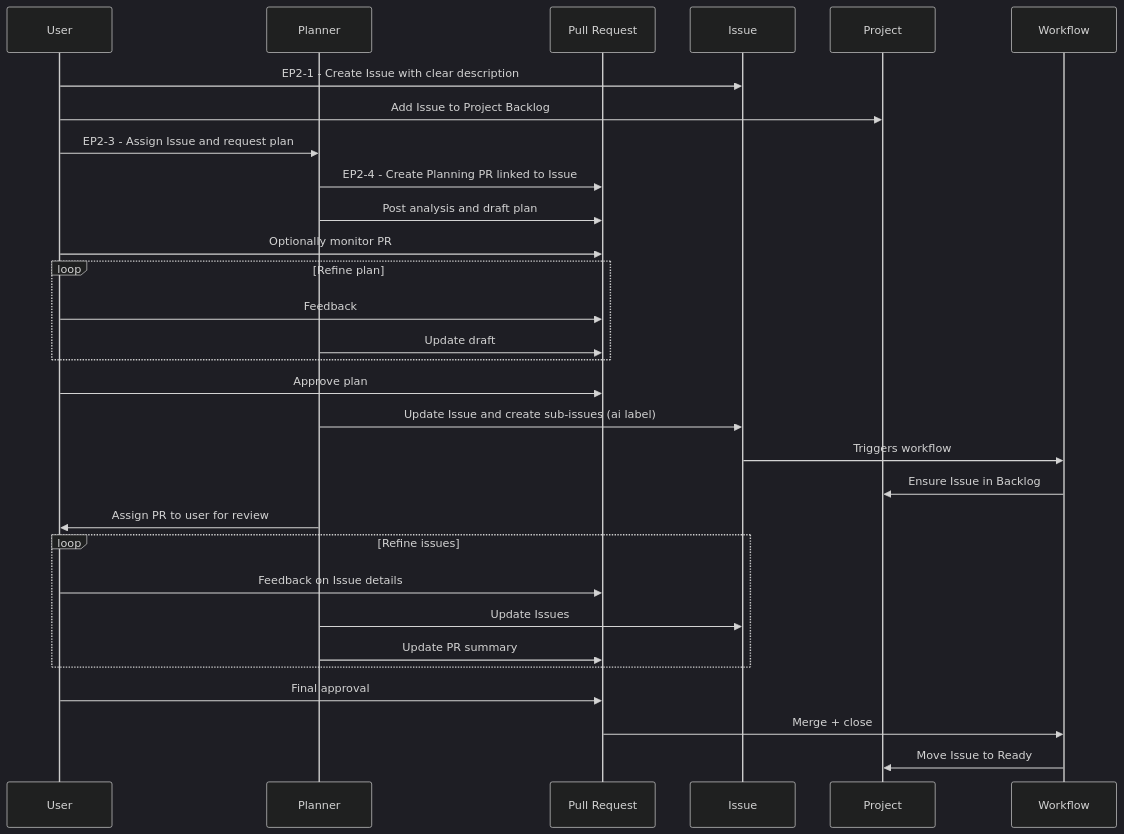
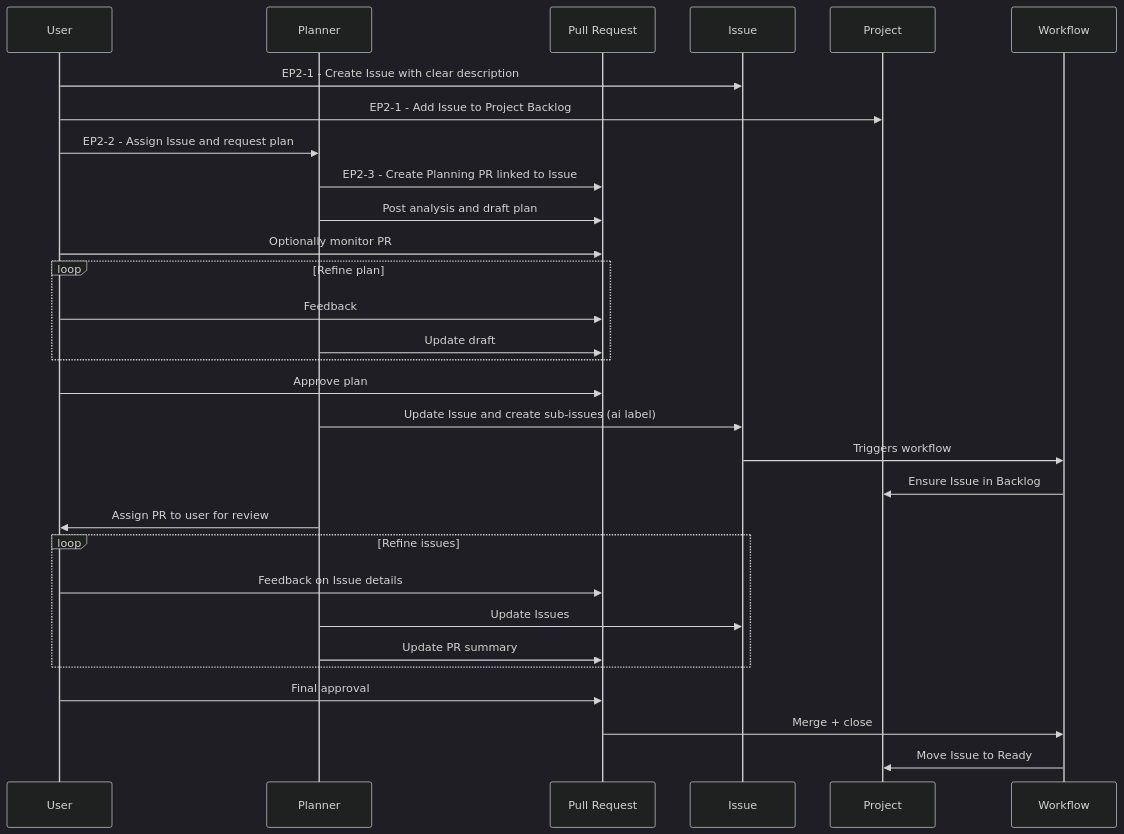
One commit to Dave76/codelantern-ai changed the third of 3 diagrams in workflows/planner.md. Above: the diagram before and after it, drawn with Mermaid (dark theme). The commit also changed other lines of this file, not shown here.

Commit message:
Final v1 of planning workflow

````diff
--- a/workflows/planner.md
+++ b/workflows/planner.md
@@ -191,41 +174,41 @@
 ```mermaid
 sequenceDiagram
     participant US as User 
     participant AI as Planner
     participant PR as Pull Request
     participant IS as Issue
     participant PJ as Project
     participant WF as Workflow
 
     US->>IS: EP2‑1 - Create Issue with clear description
-    US->>PJ: Add Issue to Project Backlog
-    US->>AI: EP2‑3 - Assign Issue and request plan
+    US->>PJ: EP2‑1 - Add Issue to Project Backlog
+    US->>AI: EP2‑2 - Assign Issue and request plan
 
-    AI->>PR: EP2‑4 - Create Planning PR linked to Issue
+    AI->>PR: EP2‑3 - Create Planning PR linked to Issue
     AI->>PR: Post analysis and draft plan
 
     US->>PR: Optionally monitor PR
 
     loop Refine plan
         US->>PR: Feedback
         AI->>PR: Update draft
     end
 
     US->>PR: Approve plan
 
     AI->>IS: Update Issue and create sub-issues (ai label)
     IS->>WF: Triggers workflow
     WF->>PJ: Ensure Issue in Backlog
 
     AI->>US: Assign PR to user for review
 
     loop Refine issues
         US->>PR: Feedback on Issue details
         AI->>IS: Update Issues
         AI->>PR: Update PR summary
     end
 
     US->>PR: Final approval
     PR->>WF: Merge + close
     WF->>PJ: Move Issue to Ready
 ```
````
